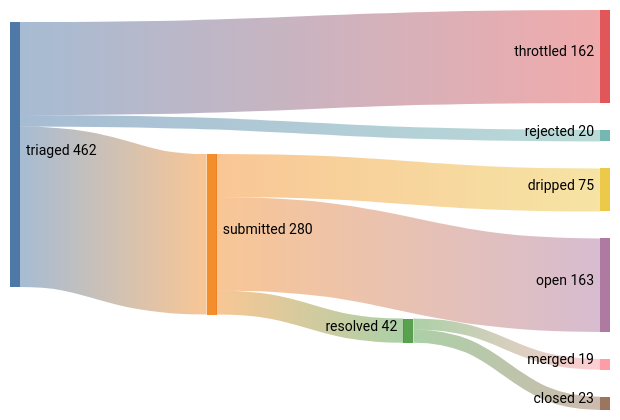
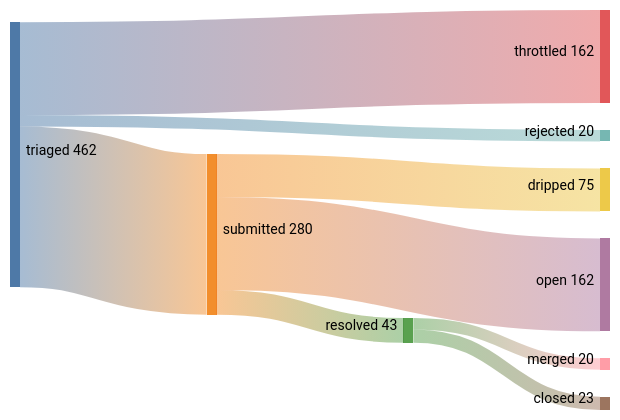
One commit to kimjune01/kimjune01 changed the first of 2 diagrams in README.md. Above: the diagram before and after it, drawn with Mermaid (forest theme). The commit also changed other lines of this file, not shown here.

````diff
--- a/README.md
+++ b/README.md
@@ -3,11 +3,11 @@
 ```mermaid
 sankey-beta
     triaged,    submitted, 280
     triaged,    throttled, 162
     triaged,    rejected,  20
-    submitted,  resolved,  42
+    submitted,  resolved,  43
     submitted,  dripped,   75
-    submitted,  open,      163
-    resolved,   merged,    19
+    submitted,  open,      162
+    resolved,   merged,    20
     resolved,   closed,    23
 ```
````
